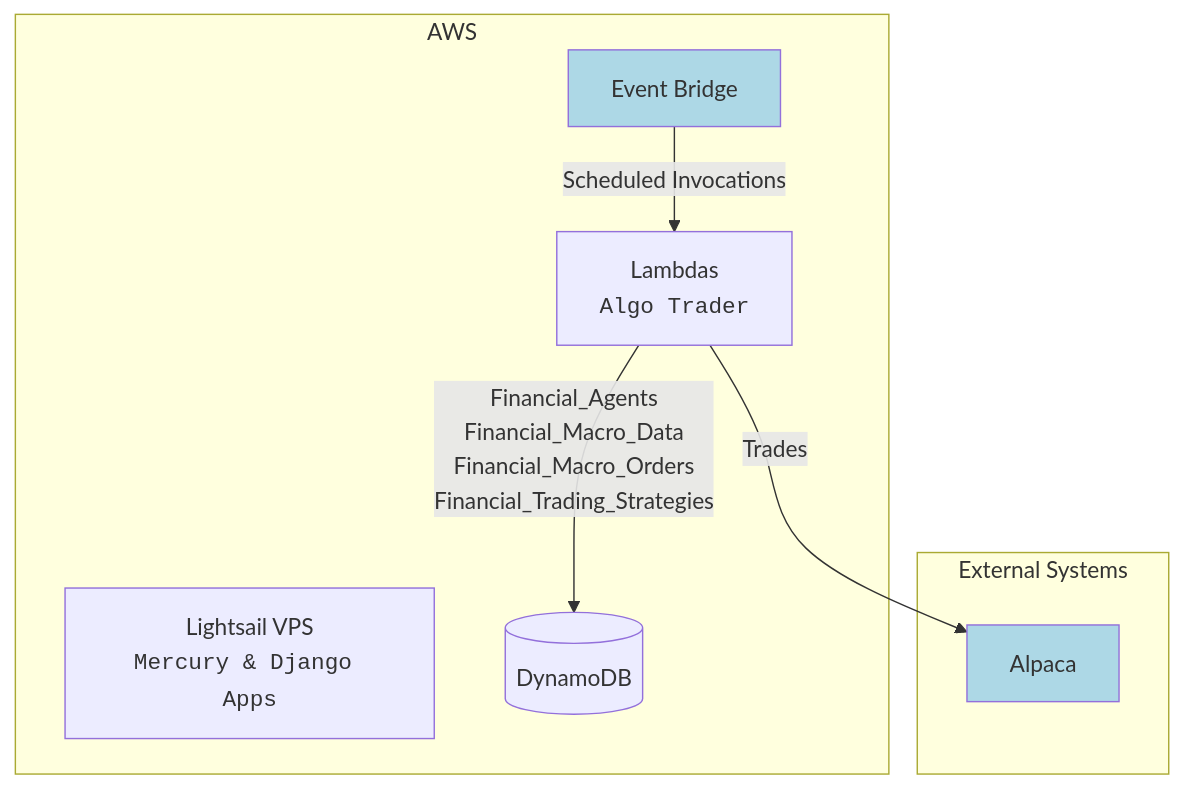
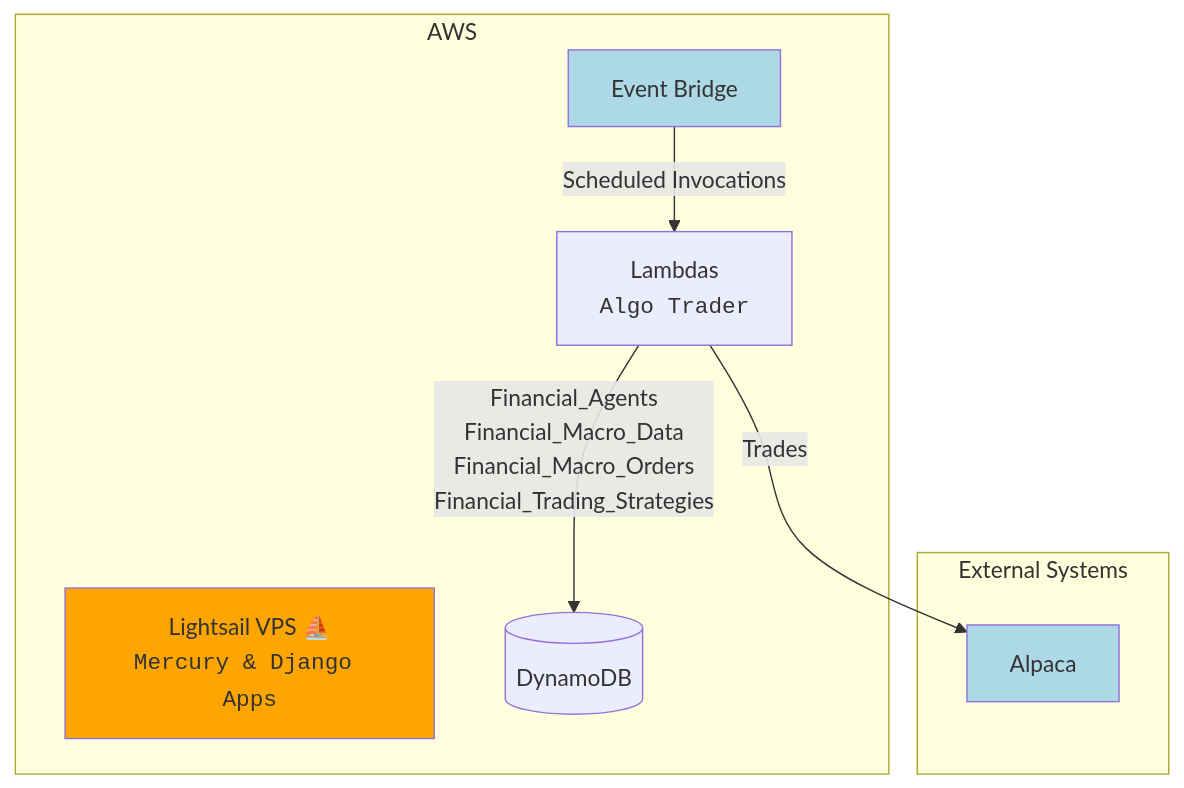
The first of 2 diagrams in src/site/notes/Projects/Projects Home.md (shawn-don-soneja/my-knowledge-base), drawn with Mermaid before and after one commit. The commit also changed other lines of this file, not shown here.

````diff
--- a/src/site/notes/Projects/Projects Home.md
+++ b/src/site/notes/Projects/Projects Home.md
@@ -19,20 +21,21 @@
 ```mermaid
 graph TD
 	subgraph External Systems
 		E["`Alpaca`"<br/><code></code>]:::other
 	end
 	subgraph "`AWS`"
 		A["`Lambdas`"<br/><code>Algo Trader</code>]
 		B[Event Bridge]:::other -- Scheduled Invocations --> A
-		C["`Lightsail VPS`"<br/><code>Mercury & Django Apps</code>]
+		C["`Lightsail VPS ⛵️`"<br/><code>Mercury & Django Apps</code>]:::lightsail
 		D[(DynamoDB)]
 		A -- "`
 		Financial_Agents
 		Financial_Macro_Data
 		Financial_Macro_Orders
 		Financial_Trading_Strategies
 		`" --> D
 	end
 	A -- Trades --> E
 	classDef other fill:lightblue
+	classDef lightsail fill:orange
 ```
````
